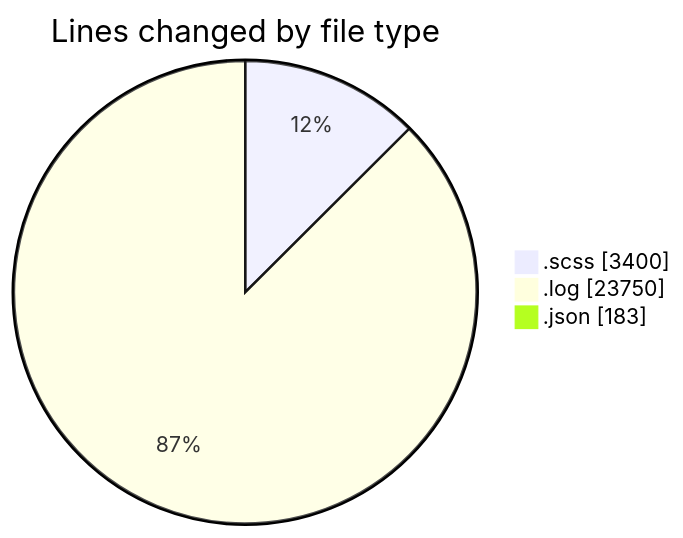
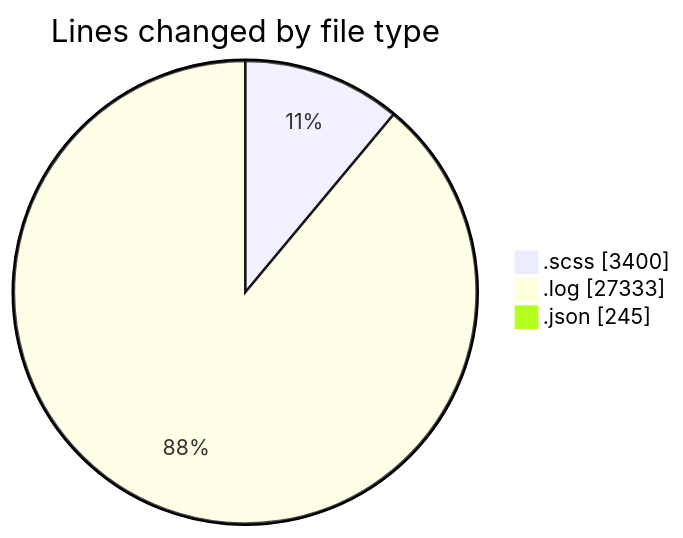
Before and after one commit to momahboobian/code-tracking: the first of 2 diagrams in 2026-01-21/cda/README.md, drawn with Mermaid. The commit also changed other lines of this file and 1 other file, not shown here.

````diff
--- a/2026-01-21/cda/README.md
+++ b/2026-01-21/cda/README.md
@@ -38,7 +39,7 @@
 ```mermaid
 pie showData
 title Lines changed by file type
 ".scss" : 3400
-".log" : 23750
-".json" : 183
+".log" : 27333
+".json" : 245
 ```
````
